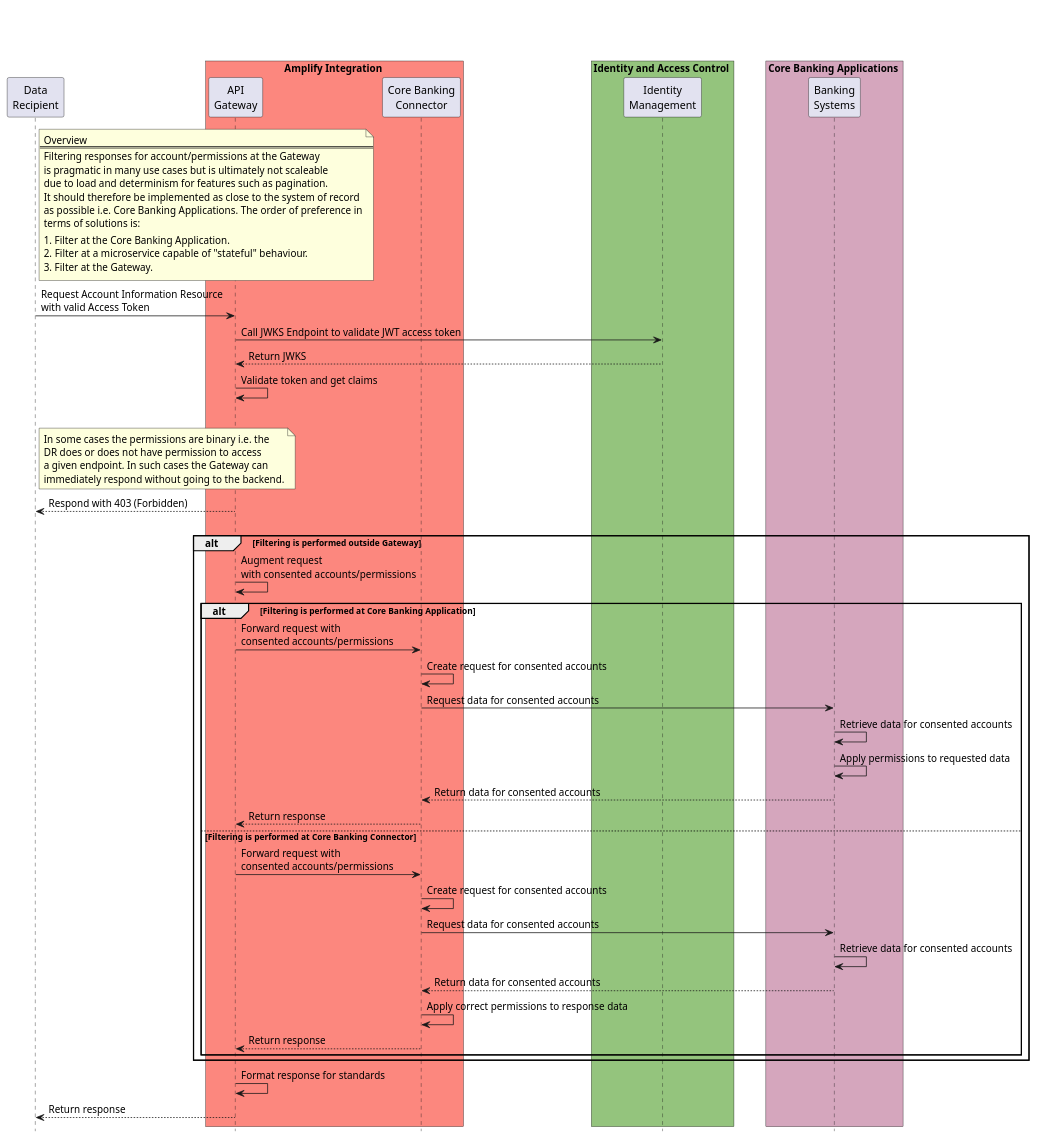
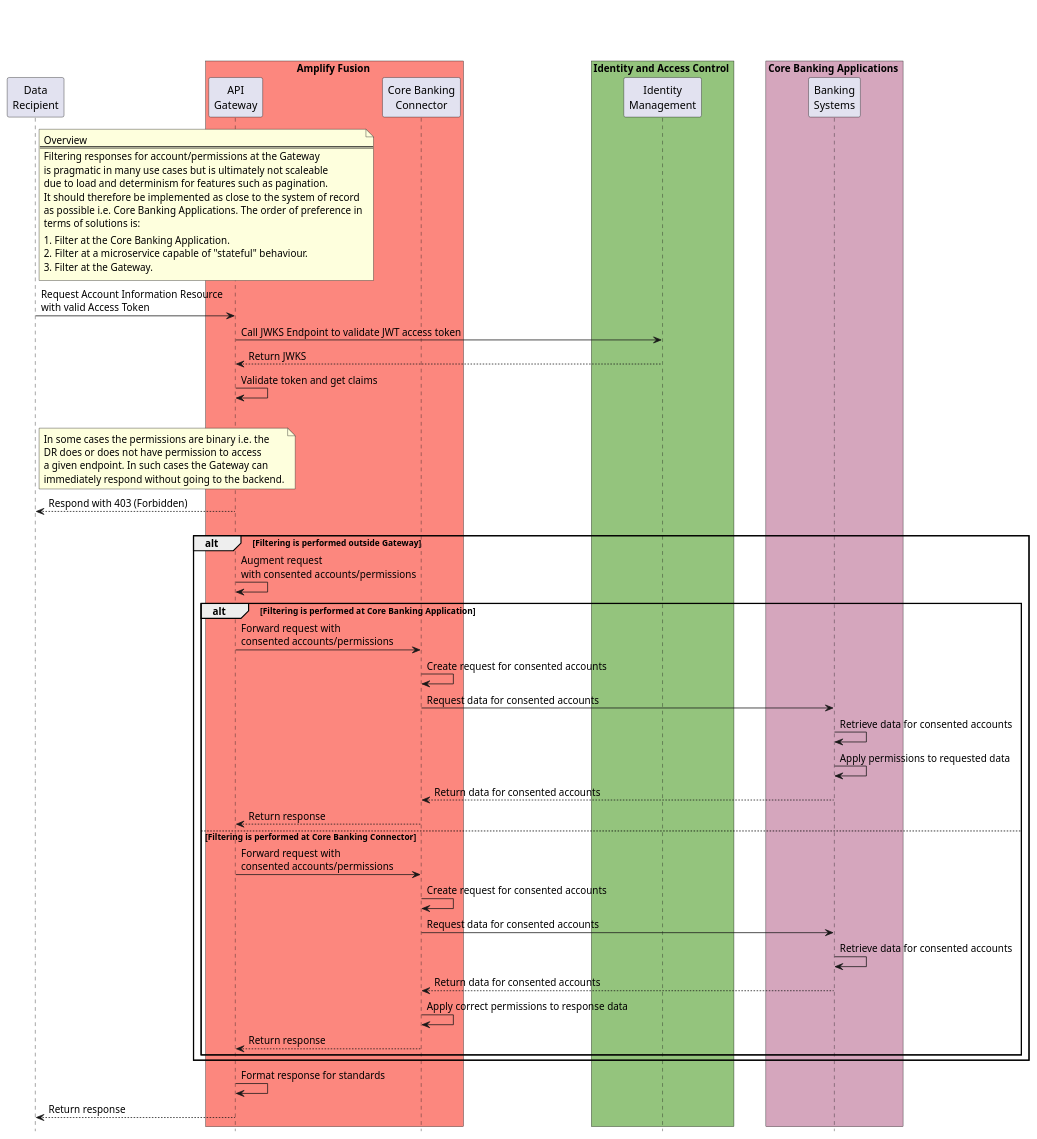
One commit to Axway/open-banking-docs changed the diagram in src/plant-uml/user-consent-filtering-arch-overview.puml. Above: the diagram before and after it, drawn with PlantUML. The commit also changed 6 other files, not shown here.

Commit message:
Rename Amplify Integration and Amplify Marketplace (#68)

```diff
--- a/src/plant-uml/user-consent-filtering-arch-overview.puml
+++ b/src/plant-uml/user-consent-filtering-arch-overview.puml
@@ -1,87 +1,87 @@
 @startuml Applying_Consent_Sequence
 
 title \n\n
 
 participant "Data\nRecipient" as DR
 
-box Amplify Integration #fc877e
+box Amplify Fusion #fc877e
 participant "API\nGateway" as API_GATEWAY
 participant "Core Banking\nConnector" as CBC
 end box
 
 box Identity and Access Control #94c47d
 participant "Identity\nManagement" as IAM
 end box
 
 box Core Banking Applications #d5a6bd
 participant "Banking\nSystems" as ASPSP_API
 end box
 
 hide footbox
 
 skinparam BoxPadding 20
 
 note right of DR
 Overview
 ===
 Filtering responses for account/permissions at the Gateway
 is pragmatic in many use cases but is ultimately not scaleable
 due to load and determinism for features such as pagination.
 It should therefore be implemented as close to the system of record
 as possible i.e. Core Banking Applications. The order of preference in
 terms of solutions is:
 |||
 1. Filter at the Core Banking Application.
 2. Filter at a microservice capable of "stateful" behaviour.
 3. Filter at the Gateway.
 end note
 
 DR -> API_GATEWAY: Request Account Information Resource\nwith valid Access Token
 
 API_GATEWAY -> IAM: Call JWKS Endpoint to validate JWT access token
 API_GATEWAY <-- IAM: Return JWKS
 API_GATEWAY -> API_GATEWAY: Validate token and get claims
 
 alt DR does not have Consent for the requested account or resource
 
 note right of DR
 In some cases the permissions are binary i.e. the
 DR does or does not have permission to access
 a given endpoint. In such cases the Gateway can
 immediately respond without going to the backend.
 end note
 
 DR <-- API_GATEWAY: Respond with 403 (Forbidden)
 
 else DR has Consent to access requested resource
 
 alt Filtering is performed outside Gateway
 API_GATEWAY -> API_GATEWAY: Augment request\nwith consented accounts/permissions
 
 alt Filtering is performed at Core Banking Application
 
 API_GATEWAY -> CBC: Forward request with\nconsented accounts/permissions
 CBC -> CBC: Create request for consented accounts
 CBC -> ASPSP_API: Request data for consented accounts
 ASPSP_API -> ASPSP_API: Retrieve data for consented accounts
 ASPSP_API -> ASPSP_API: Apply permissions to requested data
 CBC <-- ASPSP_API: Return data for consented accounts
 API_GATEWAY <-- CBC: Return response
 
 else Filtering is performed at Core Banking Connector
 
 API_GATEWAY -> CBC: Forward request with\nconsented accounts/permissions
 CBC -> CBC: Create request for consented accounts
 CBC -> ASPSP_API: Request data for consented accounts
 ASPSP_API -> ASPSP_API: Retrieve data for consented accounts
 CBC <-- ASPSP_API: Return data for consented accounts
 CBC -> CBC: Apply correct permissions to response data
 API_GATEWAY <-- CBC: Return response
 
 end alt
 end alt
 
 API_GATEWAY -> API_GATEWAY: Format response for standards
 DR <-- API_GATEWAY: Return response
 
 @enduml
```
